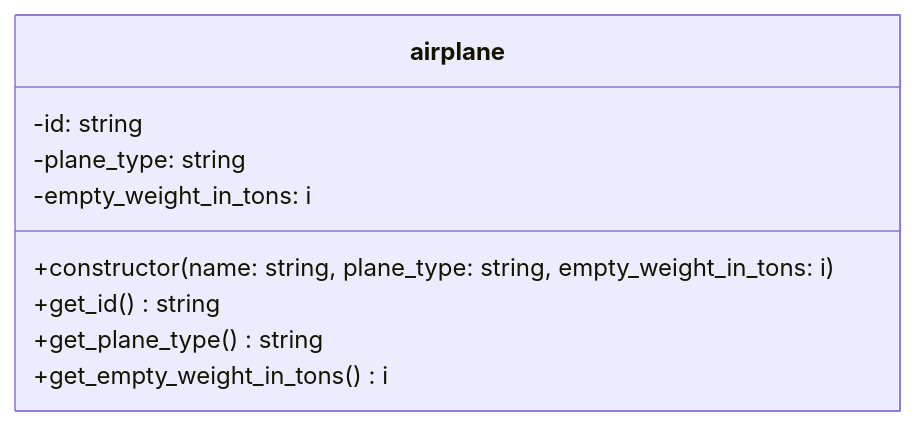
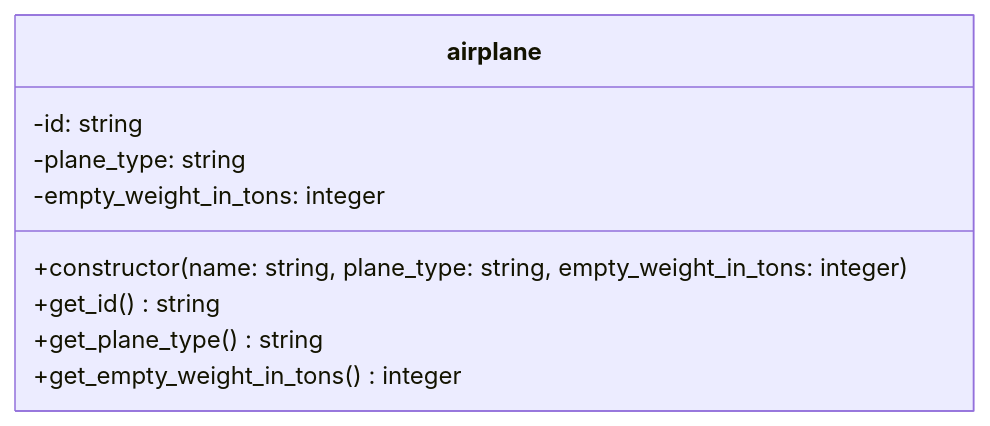
The diagram in docs/exercises/abap-objects/abap-objects-03.md (appenmaier/s4hana), drawn with Mermaid before and after one commit.

````diff
--- a/docs/exercises/abap-objects/abap-objects-03.md
+++ b/docs/exercises/abap-objects/abap-objects-03.md
@@ -11,12 +11,12 @@
 ```mermaid
 classDiagram
    class airplane {
       -id: string
       -plane_type: string
-      -empty_weight_in_tons: i
-      +constructor(name: string, plane_type: string, empty_weight_in_tons: i)
+      -empty_weight_in_tons: integer
+      +constructor(name: string, plane_type: string, empty_weight_in_tons: integer)
       +get_id() string
       +get_plane_type() string
-      +get_empty_weight_in_tons() i
+      +get_empty_weight_in_tons() integer
    }
 ```
````
